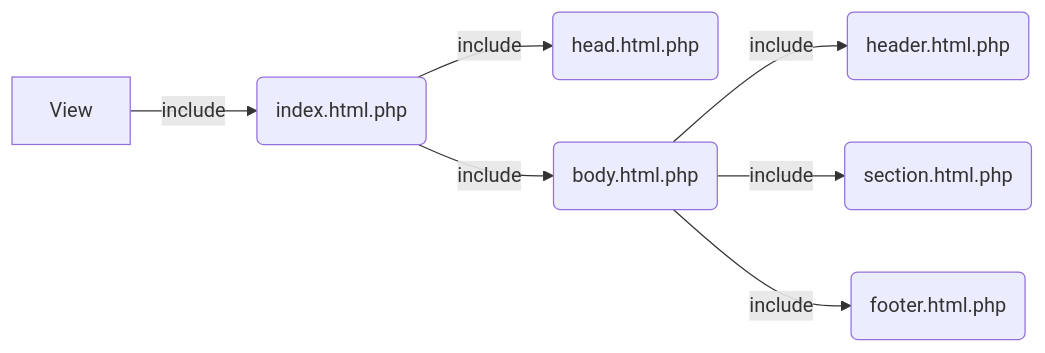
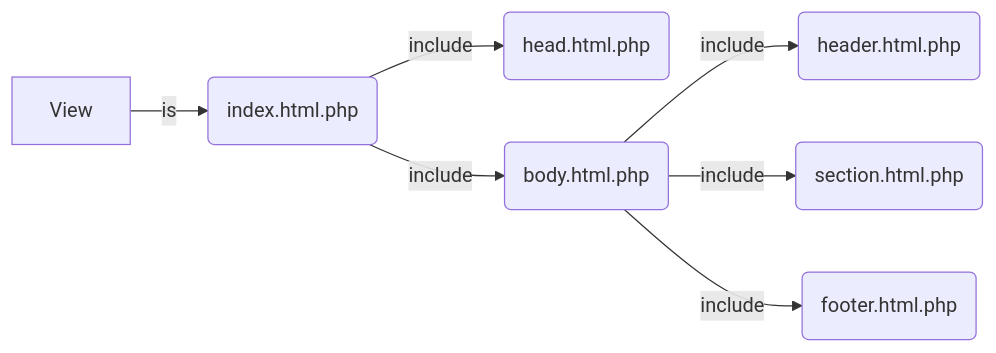
Before and after one commit to razmi0/WF3-MVC: the second of 2 diagrams in README.md, drawn with Mermaid.

````diff
--- a/README.md
+++ b/README.md
@@ -29,9 +29,9 @@
 ```mermaid
 graph LR
-A[View] -- include --> B(index.html.php)
+A[View] -- is --> B(index.html.php)
 B(index.html.php) -- include --> C(head.html.php)
 B(index.html.php) -- include --> D(body.html.php)
 D(body.html.php) -- include --> E(header.html.php)
 D(body.html.php) -- include --> F(section.html.php)
 D(body.html.php) -- include --> G(footer.html.php)
 ```
````
